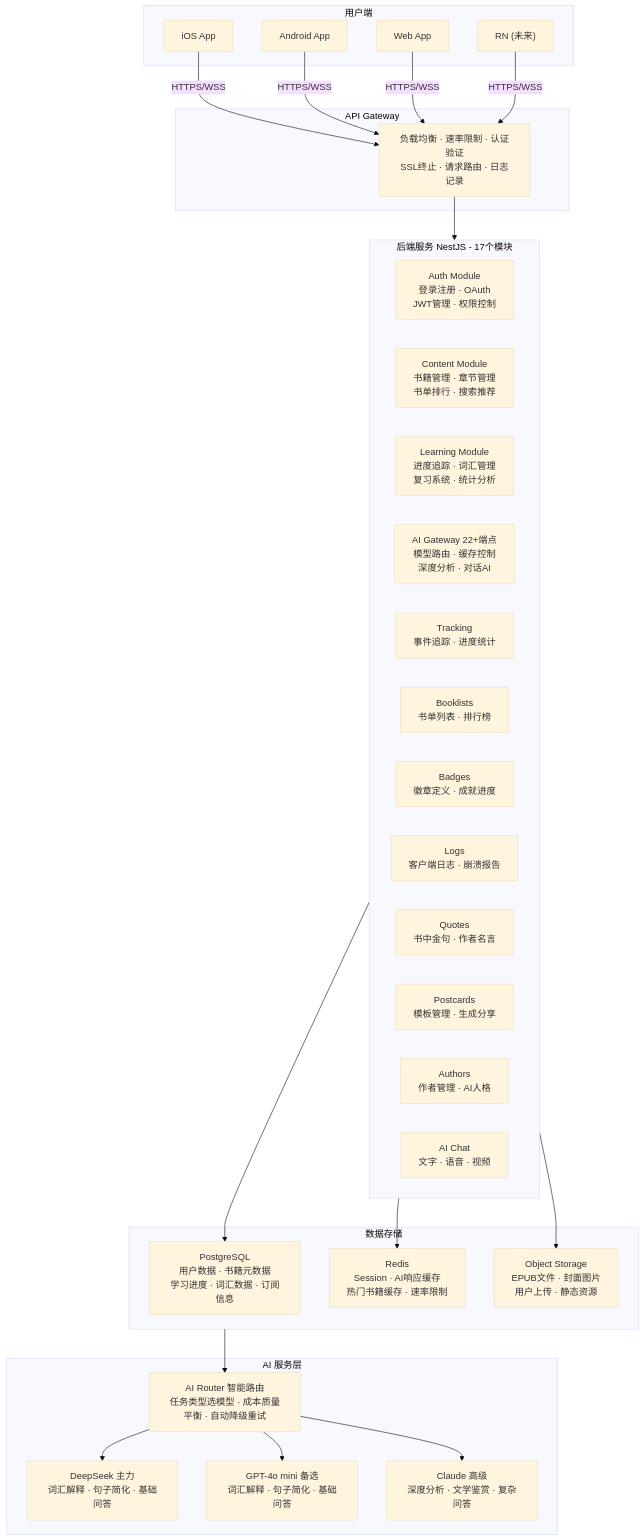
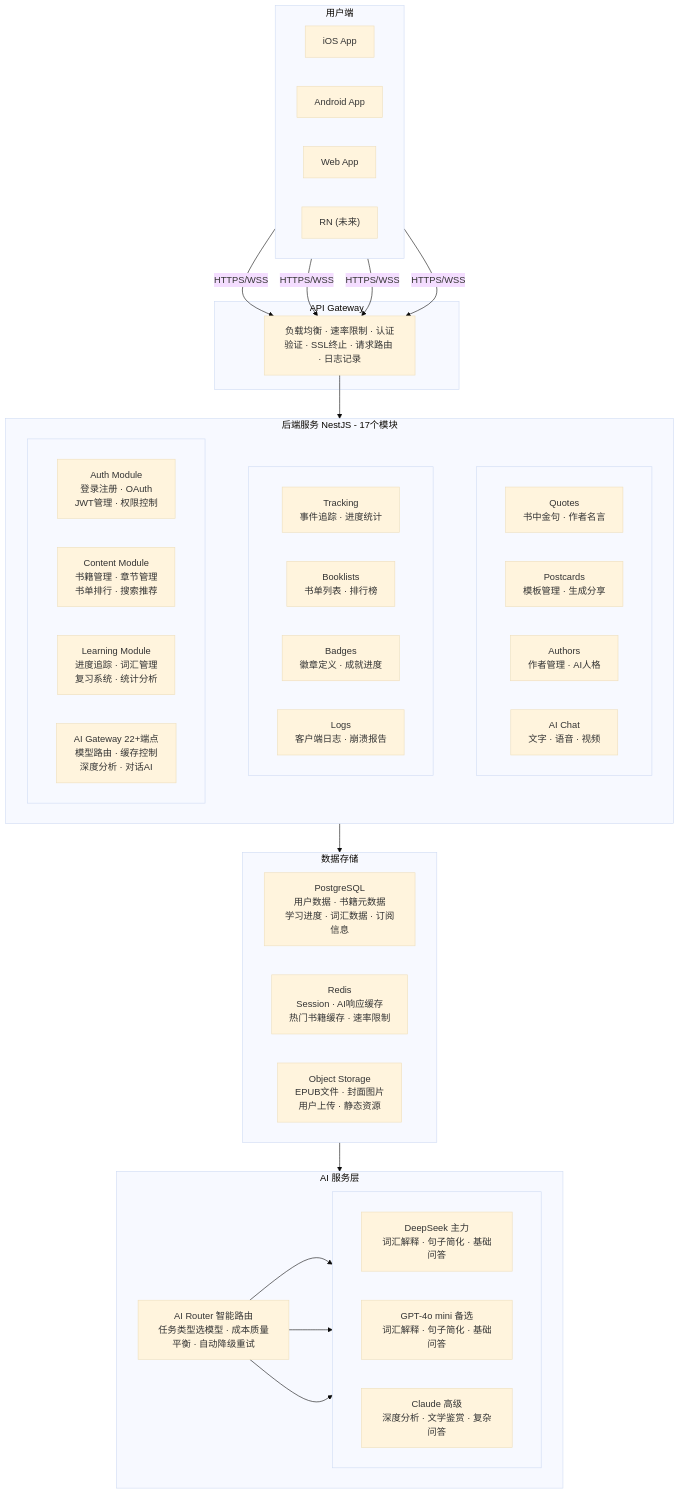
The first of 2 diagrams in 03-architecture/system-architecture.md (readmigo/docs), drawn with Mermaid (base theme) before and after one commit. The commit also changed 2 other files, not shown here.

Commit message:
style: double content width and fix backend modules grid layout

````diff
--- a/03-architecture/system-architecture.md
+++ b/03-architecture/system-architecture.md
@@ -5,57 +5,70 @@
 ```mermaid
 graph TD
     subgraph UserLayer["用户端"]
+        direction LR
         iOS[iOS App]
         Android[Android App]
         Web[Web App]
         RN["RN (未来)"]
     end
 
     subgraph GW["API Gateway"]
-        Gateway["负载均衡 · 速率限制 · 认证验证\nSSL终止 · 请求路由 · 日志记录"]
+        Gateway["负载均衡 · 速率限制 · 认证验证 · SSL终止 · 请求路由 · 日志记录"]
     end
 
     iOS -->|HTTPS/WSS| Gateway
     Android -->|HTTPS/WSS| Gateway
     Web -->|HTTPS/WSS| Gateway
     RN -->|HTTPS/WSS| Gateway
 
     subgraph Backend["后端服务 NestJS - 17个模块"]
-        Auth["Auth Module\n登录注册 · OAuth\nJWT管理 · 权限控制"]
-        Content["Content Module\n书籍管理 · 章节管理\n书单排行 · 搜索推荐"]
-        Learning["Learning Module\n进度追踪 · 词汇管理\n复习系统 · 统计分析"]
-        AIGw["AI Gateway 22+端点\n模型路由 · 缓存控制\n深度分析 · 对话AI"]
-        Tracking["Tracking\n事件追踪 · 进度统计"]
-        Booklists["Booklists\n书单列表 · 排行榜"]
-        Badges["Badges\n徽章定义 · 成就进度"]
-        Logs["Logs\n客户端日志 · 崩溃报告"]
-        Quotes["Quotes\n书中金句 · 作者名言"]
-        Postcards["Postcards\n模板管理 · 生成分享"]
-        Authors["Authors\n作者管理 · AI人格"]
-        AIChat["AI Chat\n文字 · 语音 · 视频"]
+        subgraph Row1[" "]
+            direction LR
+            Auth["Auth Module\n登录注册 · OAuth\nJWT管理 · 权限控制"]
+            Content["Content Module\n书籍管理 · 章节管理\n书单排行 · 搜索推荐"]
+            Learning["Learning Module\n进度追踪 · 词汇管理\n复习系统 · 统计分析"]
+            AIGw["AI Gateway 22+端点\n模型路由 · 缓存控制\n深度分析 · 对话AI"]
+        end
+        subgraph Row2[" "]
+            direction LR
+            Tracking["Tracking\n事件追踪 · 进度统计"]
+            Booklists["Booklists\n书单列表 · 排行榜"]
+            Badges["Badges\n徽章定义 · 成就进度"]
+            Logs["Logs\n客户端日志 · 崩溃报告"]
+        end
+        subgraph Row3[" "]
+            direction LR
+            Quotes["Quotes\n书中金句 · 作者名言"]
+            Postcards["Postcards\n模板管理 · 生成分享"]
+            Authors["Authors\n作者管理 · AI人格"]
+            AIChat["AI Chat\n文字 · 语音 · 视频"]
+        end
+        Row1 ~~~ Row2 ~~~ Row3
     end
 
     Gateway --> Backend
 
     subgraph Storage["数据存储"]
+        direction LR
         PG["PostgreSQL\n用户数据 · 书籍元数据\n学习进度 · 词汇数据 · 订阅信息"]
         Redis["Redis\nSession · AI响应缓存\n热门书籍缓存 · 速率限制"]
         ObjStore["Object Storage\nEPUB文件 · 封面图片\n用户上传 · 静态资源"]
     end
 
-    Backend --> PG
-    Backend --> Redis
-    Backend --> ObjStore
+    Backend --> Storage
 
     subgraph AILayer["AI 服务层"]
         Router["AI Router 智能路由\n任务类型选模型 · 成本质量平衡 · 自动降级重试"]
-        DeepSeek["DeepSeek 主力\n词汇解释 · 句子简化 · 基础问答"]
-        GPT["GPT-4o mini 备选\n词汇解释 · 句子简化 · 基础问答"]
-        Claude["Claude 高级\n深度分析 · 文学鉴赏 · 复杂问答"]
+        subgraph Models[" "]
+            direction LR
+            DeepSeek["DeepSeek 主力\n词汇解释 · 句子简化 · 基础问答"]
+            GPT["GPT-4o mini 备选\n词汇解释 · 句子简化 · 基础问答"]
+            Claude["Claude 高级\n深度分析 · 文学鉴赏 · 复杂问答"]
+        end
+        Router --> DeepSeek
+        Router --> GPT
+        Router --> Claude
     end
 
-    Router --> DeepSeek
-    Router --> GPT
-    Router --> Claude
-    Storage --> Router
+    Storage --> AILayer
 ```
````
